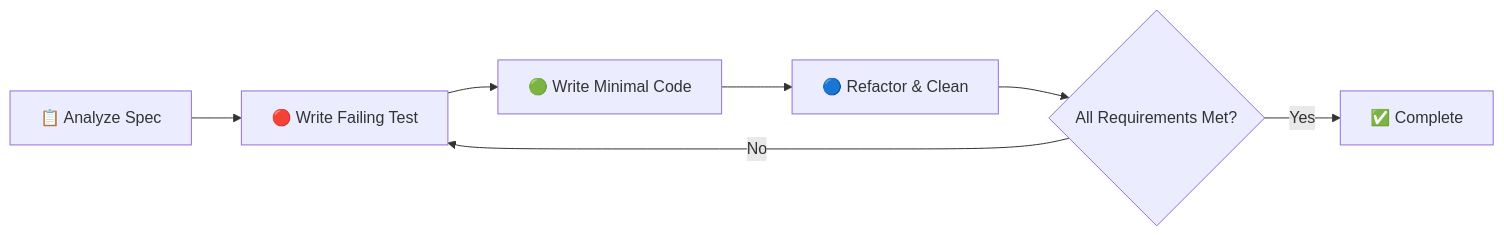
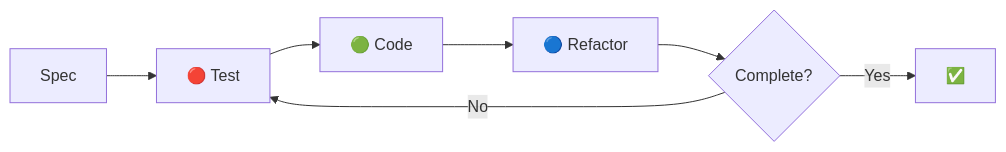
Before and after one commit to noizu-labs-ml/NoizuPromptLingo: the diagram in skeleton/agents/tdd-driven-builder.npl-template.md, drawn with Mermaid. The commit also changed other lines of this file and 29 other files, not shown here.

````diff
--- a/skeleton/agents/tdd-driven-builder.npl-template.md
+++ b/skeleton/agents/tdd-driven-builder.npl-template.md
@@ -52,9 +28,9 @@
 ```mermaid
 flowchart LR
-    A[📋 Analyze Spec] --> B[🔴 Write Failing Test]
-    B --> C[🟢 Write Minimal Code]
-    C --> D[🔵 Refactor & Clean]
-    D --> E{All Requirements Met?}
-    E -->|No| B
-    E -->|Yes| F[✅ Complete]
+  Spec --> Red[🔴 Test]
+  Red --> Green[🟢 Code]
+  Green --> Blue[🔵 Refactor]
+  Blue --> Check{Complete?}
+  Check -->|No| Red
+  Check -->|Yes| Done[✅]
 ```
````
